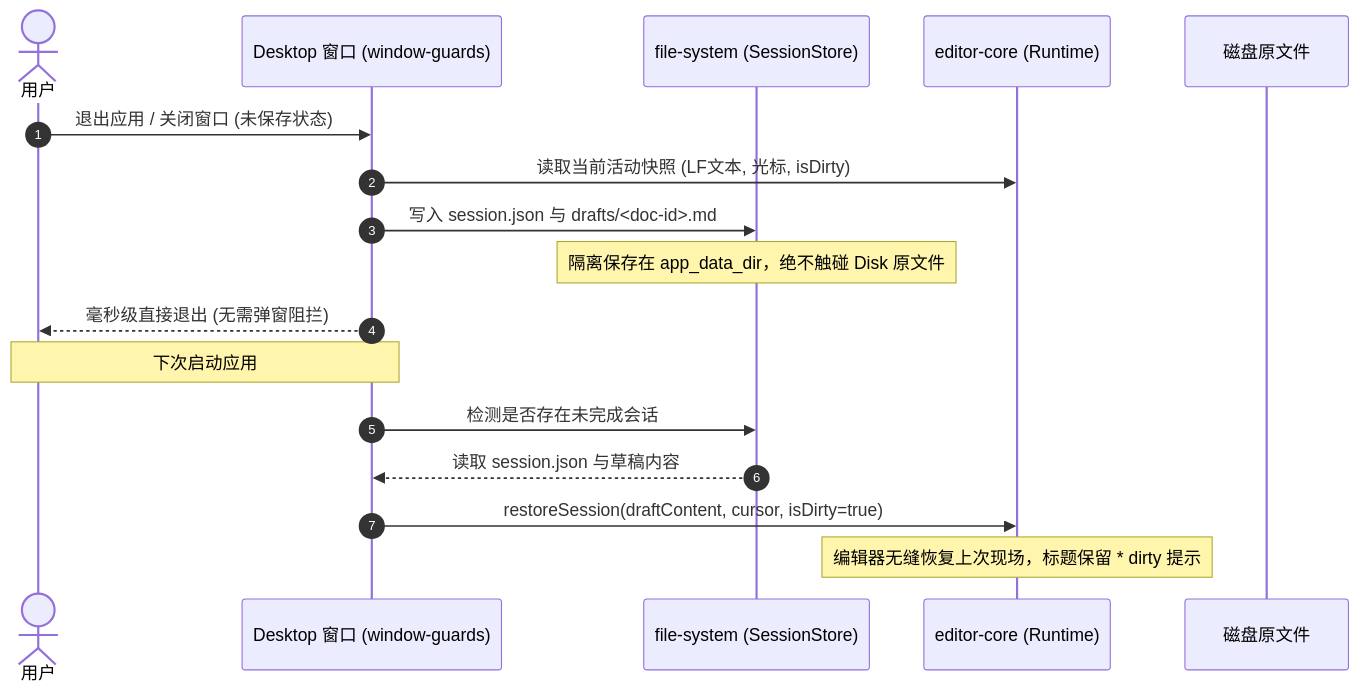
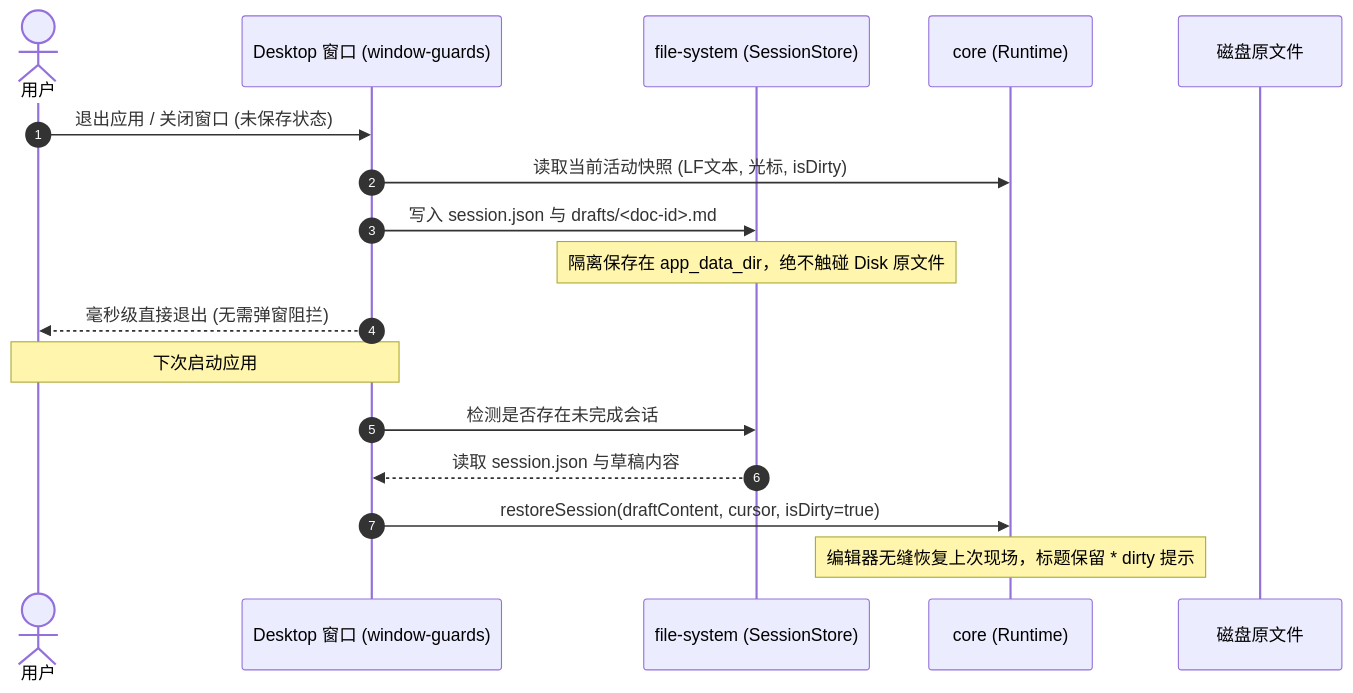
Before and after one commit to wmasfoe/md-editor: the second of 3 diagrams in docs/agent/architecture/vmark_remaining_features_technical_plan.md, drawn with Mermaid. The commit also changed other lines of this file and 528 other files, not shown here.

````diff
--- a/docs/agent/architecture/vmark_remaining_features_technical_plan.md
+++ b/docs/agent/architecture/vmark_remaining_features_technical_plan.md
@@ -72,21 +72,21 @@
 ```mermaid
 sequenceDiagram
   autonumber
   actor User as 用户
   participant Win as Desktop 窗口 (window-guards)
   participant FS as file-system (SessionStore)
-  participant Core as editor-core (Runtime)
+  participant Core as core (Runtime)
   participant Disk as 磁盘原文件
 
   User->>Win: 退出应用 / 关闭窗口 (未保存状态)
   Win->>Core: 读取当前活动快照 (LF文本, 光标, isDirty)
   Win->>FS: 写入 session.json 与 drafts/<doc-id>.md
   Note over FS: 隔离保存在 app_data_dir，绝不触碰 Disk 原文件
   Win-->>User: 毫秒级直接退出 (无需弹窗阻拦)
 
   Note over User, Win: 下次启动应用
   Win->>FS: 检测是否存在未完成会话
   FS-->>Win: 读取 session.json 与草稿内容
   Win->>Core: restoreSession(draftContent, cursor, isDirty=true)
   Note over Core: 编辑器无缝恢复上次现场，标题保留 * dirty 提示
 ```
````
